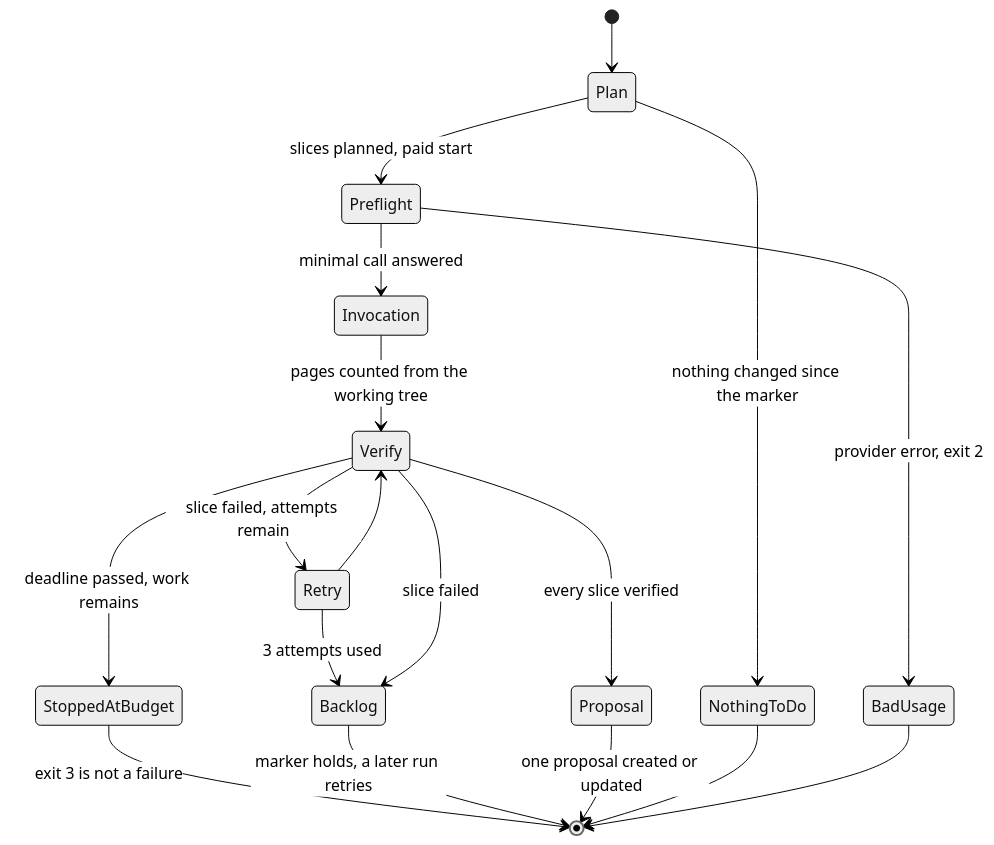
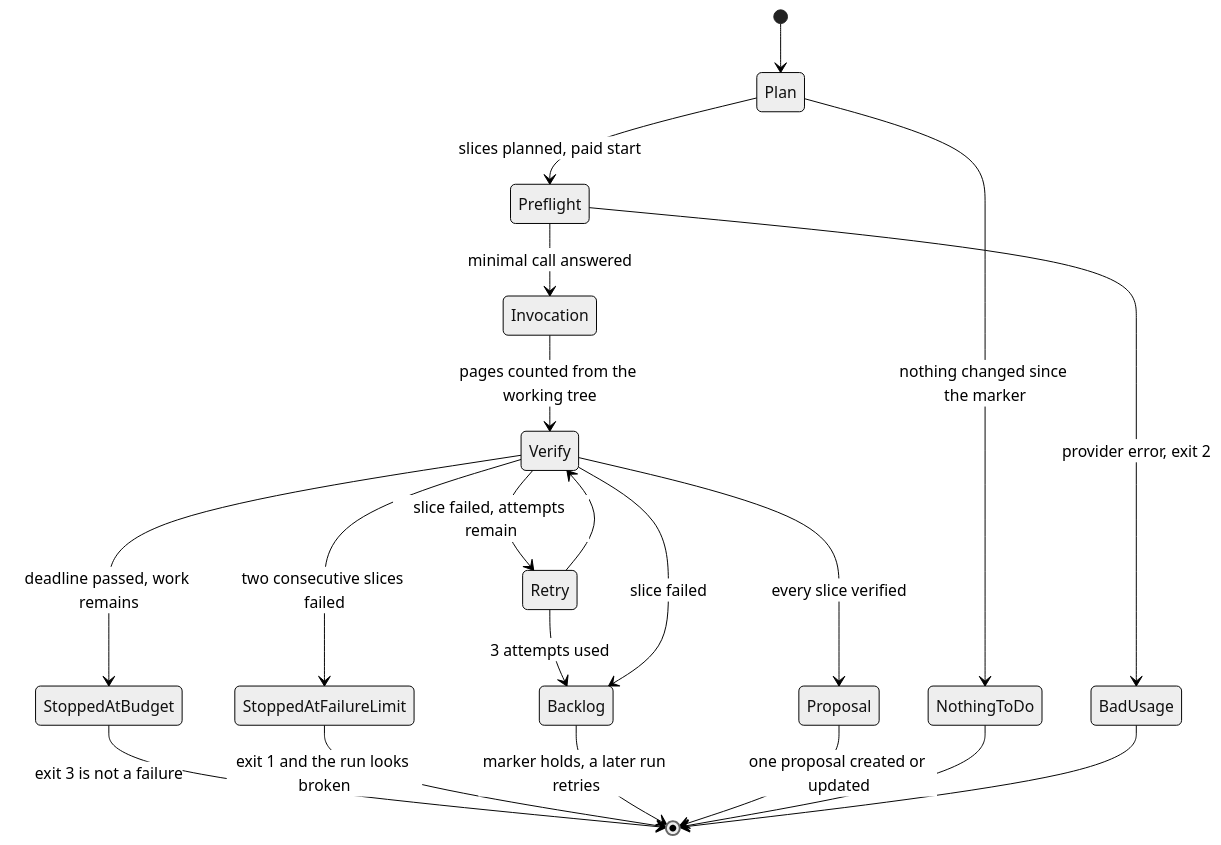
One commit to jumbleknot/MovieCollectionManager changed the first of 2 diagrams in openwiki/runbooks/wiki-maintenance.md. Above: the diagram before and after it, drawn with Mermaid (neutral theme). The commit also changed other lines of this file and 4 other files, not shown here.

````diff
--- a/openwiki/runbooks/wiki-maintenance.md
+++ b/openwiki/runbooks/wiki-maintenance.md
@@ -65,20 +69,22 @@
 ```mermaid
 stateDiagram-v2
     [*] --> Plan
     Plan --> NothingToDo: nothing changed since the marker
     Plan --> Preflight: slices planned, paid start
     Preflight --> BadUsage: provider error, exit 2
     Preflight --> Invocation: minimal call answered
     Invocation --> Verify: pages counted from the working tree
     Verify --> Proposal: every slice verified
     Verify --> StoppedAtBudget: deadline passed, work remains
     StoppedAtBudget --> [*]: exit 3 is not a failure
     Verify --> Retry: slice failed, attempts remain
     Retry --> Verify
     Retry --> Backlog: 3 attempts used
     Verify --> Backlog: slice failed
+    Verify --> StoppedAtFailureLimit: two consecutive slices failed
+    StoppedAtFailureLimit --> [*]: exit 1 and the run looks broken
     Backlog --> [*]: marker holds, a later run retries
     Proposal --> [*]: one proposal created or updated
     NothingToDo --> [*]
     BadUsage --> [*]
 ```
````
